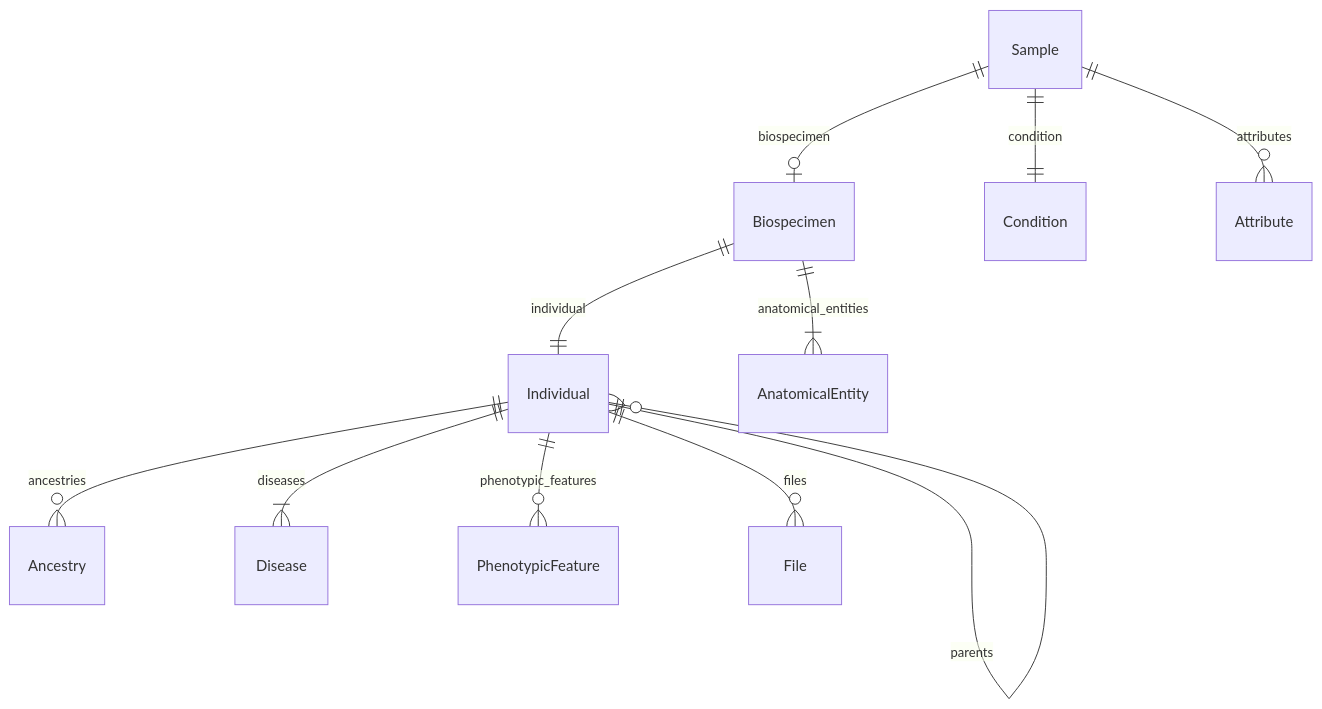
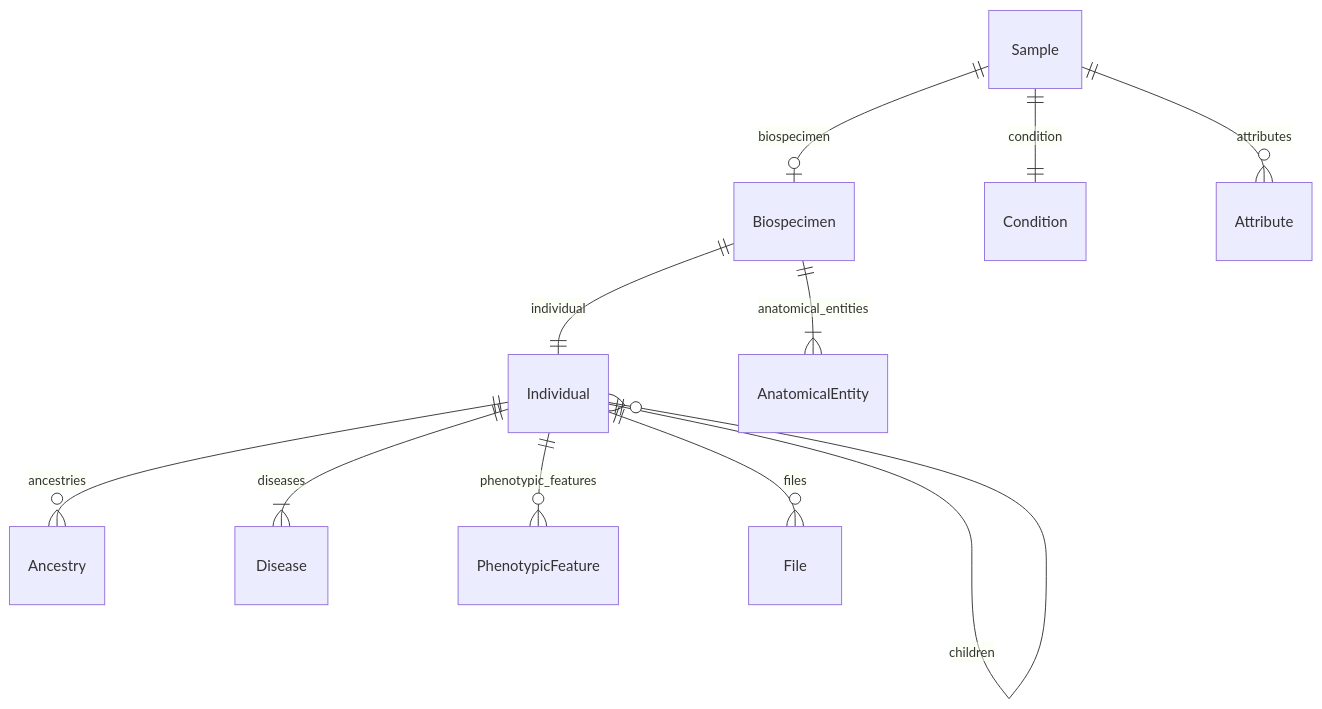
One commit to ghga-de/ghga-metadata-schema changed the second of 7 diagrams in docs/entity_relations.md. Above: the diagram before and after it, drawn with Mermaid. The commit also changed other lines of this file and 20 other files, not shown here.

````diff
--- a/docs/entity_relations.md
+++ b/docs/entity_relations.md
@@ -135,24 +136,25 @@
 ```mermaid
 erDiagram
 Individual {
 
 }
 Biospecimen {
 
 }
 Sample {
 
 }
 
 Individual ||--}o Ancestry : "ancestries"
 Individual ||--}o Individual : "parents"
+Individual ||--}o Individual : "children"
 Individual ||--}| Disease : "diseases"
 Individual ||--}o PhenotypicFeature : "phenotypic_features"
 Individual ||--}o File : "files"
 Biospecimen ||--|| Individual : "individual"
 Biospecimen ||--}| AnatomicalEntity : "anatomical_entities"
 Sample ||--|o Biospecimen : "biospecimen"
 Sample ||--|| Condition : "condition"
 Sample ||--}o Attribute : "attributes"
 
 ```
````
